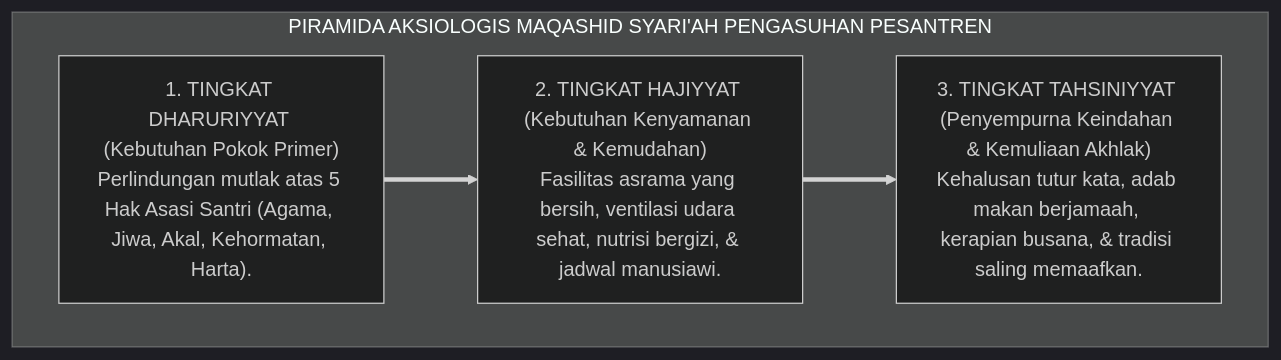
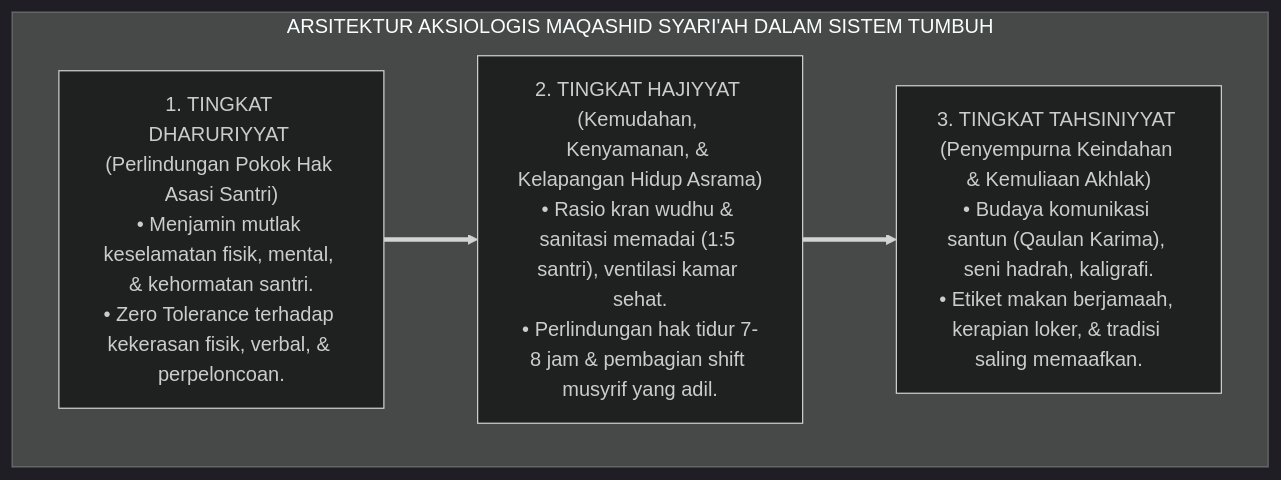
One commit to wandiapriliyandi/tumbuh changed the first of 2 diagrams in BOOK-SERIES/Volume-01/Bab-07-Aksiologi-dan-Maqashid-Syariah-Pengasuhan/01-Dimensi-Aksiologis-dan-Maqashid-Syariah.md. Above: the diagram before and after it, drawn with Mermaid (dark theme). The commit also changed other lines of this file and 24 other files, not shown here.

Commit message:
feat(book-01): perkaya dan perdalam seluruh isi subbab bab 02 s.d. 07 dengan elaborasi komprehensif, analisis mendalam, dan diagram alur lengkap

````diff
--- a/BOOK-SERIES/Volume-01/Bab-07-Aksiologi-dan-Maqashid-Syariah-Pengasuhan/01-Dimensi-Aksiologis-dan-Maqashid-Syariah.md
+++ b/BOOK-SERIES/Volume-01/Bab-07-Aksiologi-dan-Maqashid-Syariah-Pengasuhan/01-Dimensi-Aksiologis-dan-Maqashid-Syariah.md
@@ -21,12 +22,12 @@
 ```mermaid
 graph TD
-    subgraph AksiologiMaqashid["PIRAMIDA AKSIOLOGIS MAQASHID SYARI'AH PENGASUHAN PESANTREN"]
-        Dharuriyyat["1. TINGKAT DHARURIYYAT (Kebutuhan Pokok Primer)<br/>Perlindungan mutlak atas 5 Hak Asasi Santri (Agama, Jiwa, Akal, Kehormatan, Harta)."]
+    subgraph PiramidaAksiologis["ARSITEKTUR AKSIOLOGIS MAQASHID SYARI'AH DALAM SISTEM TUMBUH"]
+        Dharuriyyat["1. TINGKAT DHARURIYYAT (Perlindungan Pokok Hak Asasi Santri)<br/>• Menjamin mutlak keselamatan fisik, mental, & kehormatan santri.<br/>• Zero Tolerance terhadap kekerasan fisik, verbal, & perpeloncoan."]
         
-        Hajiyyat["2. TINGKAT HAJIYYAT (Kebutuhan Kenyamanan & Kemudahan)<br/>Fasilitas asrama yang bersih, ventilasi udara sehat, nutrisi bergizi, & jadwal manusiawi."]
+        Hajiyyat["2. TINGKAT HAJIYYAT (Kemudahan, Kenyamanan, & Kelapangan Hidup Asrama)<br/>• Rasio kran wudhu & sanitasi memadai (1:5 santri), ventilasi kamar sehat.<br/>• Perlindungan hak tidur 7-8 jam & pembagian shift musyrif yang adil."]
         
-        Tahsiniyyat["3. TINGKAT TAHSINIYYAT (Penyempurna Keindahan & Kemuliaan Akhlak)<br/>Kehalusan tutur kata, adab makan berjamaah, kerapian busana, & tradisi saling memaafkan."]
+        Tahsiniyyat["3. TINGKAT TAHSINIYYAT (Penyempurna Keindahan & Kemuliaan Akhlak)<br/>• Budaya komunikasi santun (Qaulan Karima), seni hadrah, kaligrafi.<br/>• Etiket makan berjamaah, kerapian loker, & tradisi saling memaafkan."]
         
         Dharuriyyat ==> Hajiyyat ==> Tahsiniyyat
     end
 ```
````
